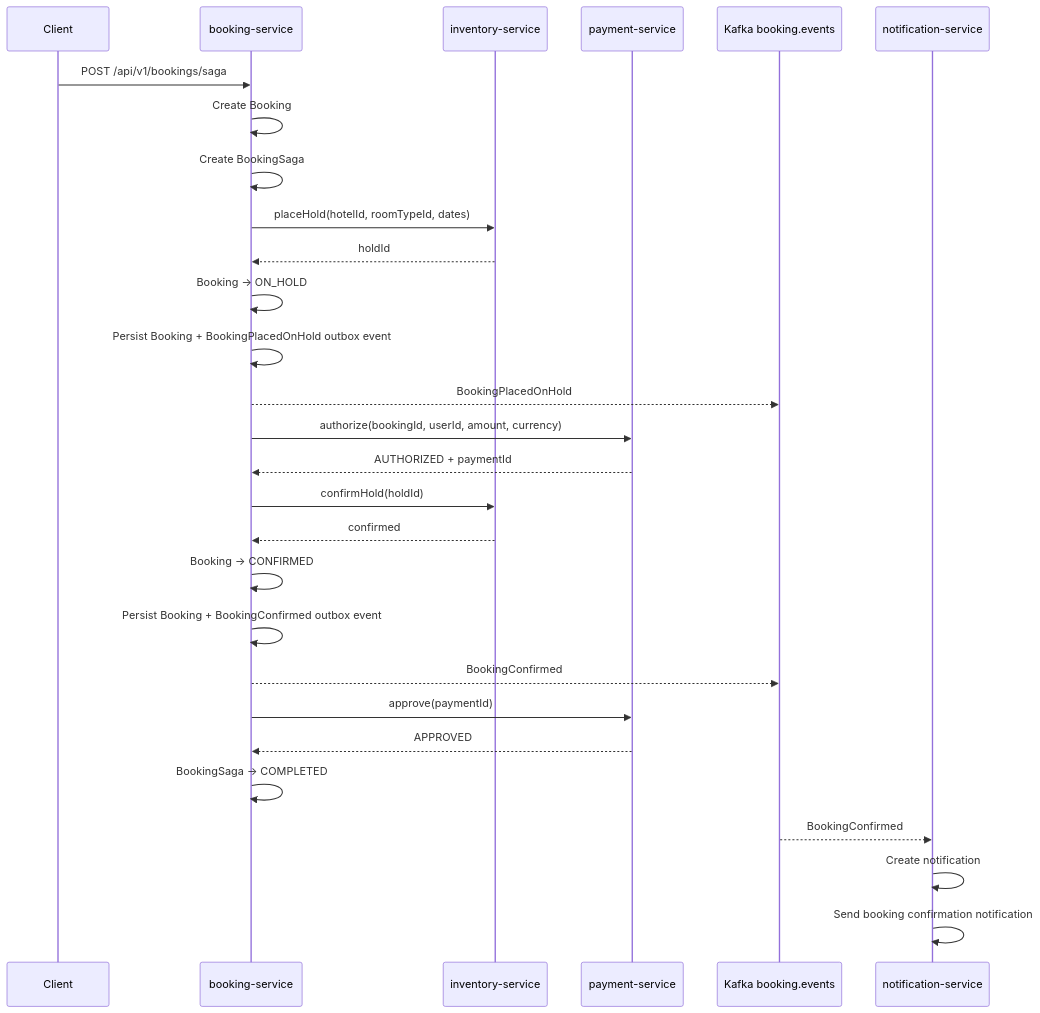
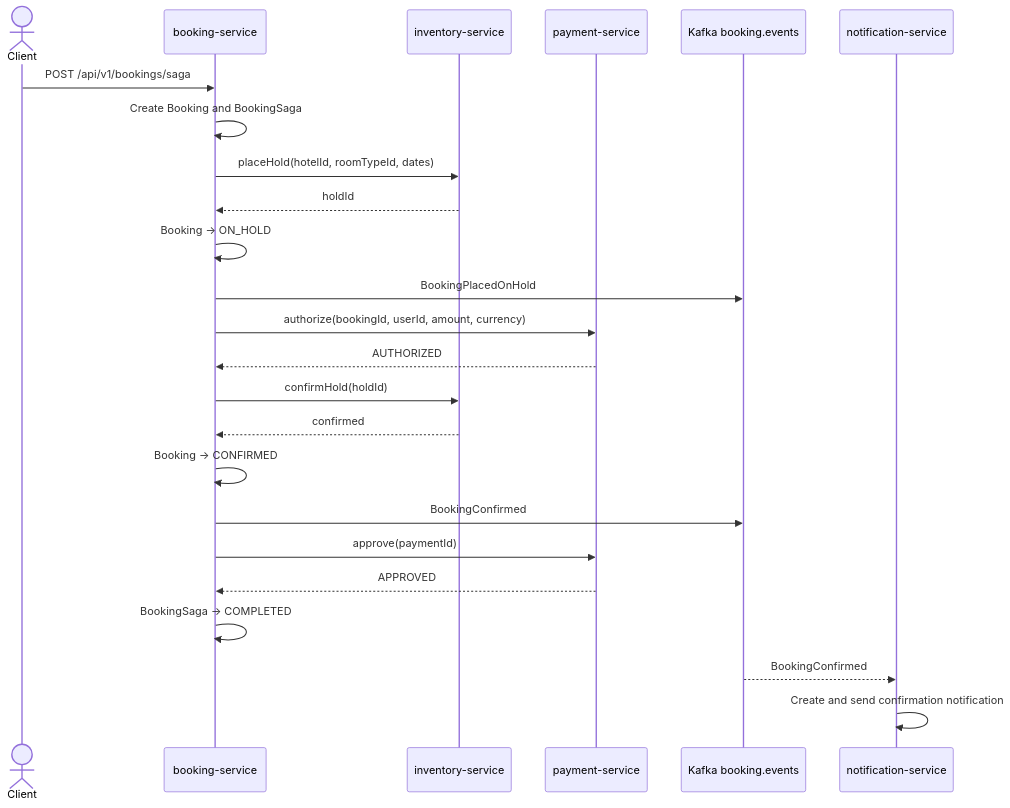
Before and after one commit to VolkovIO/hotelbooking: the third of 6 diagrams in docs/booking-saga.md, drawn with Mermaid. The commit also changed other lines of this file and 4 other files, not shown here.

Commit message:
docs(booking): document Spring Statemachine saga prototype

````diff
--- a/docs/booking-saga.md
+++ b/docs/booking-saga.md
@@ -80,38 +130,33 @@
 ```mermaid
 sequenceDiagram
-    participant Client
+    actor Client
     participant Booking as booking-service
     participant Inventory as inventory-service
     participant Payment as payment-service
     participant Kafka as Kafka booking.events
     participant Notification as notification-service
 
     Client->>Booking: POST /api/v1/bookings/saga
-    Booking->>Booking: Create Booking
-    Booking->>Booking: Create BookingSaga
+    Booking->>Booking: Create Booking and BookingSaga
 
     Booking->>Inventory: placeHold(hotelId, roomTypeId, dates)
     Inventory-->>Booking: holdId
-
     Booking->>Booking: Booking -> ON_HOLD
-    Booking->>Booking: Persist Booking + BookingPlacedOnHold outbox event
-    Booking-->>Kafka: BookingPlacedOnHold
+    Booking->>Kafka: BookingPlacedOnHold
 
     Booking->>Payment: authorize(bookingId, userId, amount, currency)
-    Payment-->>Booking: AUTHORIZED + paymentId
+    Payment-->>Booking: AUTHORIZED
 
     Booking->>Inventory: confirmHold(holdId)
     Inventory-->>Booking: confirmed
 
     Booking->>Booking: Booking -> CONFIRMED
-    Booking->>Booking: Persist Booking + BookingConfirmed outbox event
-    Booking-->>Kafka: BookingConfirmed
+    Booking->>Kafka: BookingConfirmed
 
     Booking->>Payment: approve(paymentId)
     Payment-->>Booking: APPROVED
 
     Booking->>Booking: BookingSaga -> COMPLETED
     Kafka-->>Notification: BookingConfirmed
-    Notification->>Notification: Create notification
-    Notification->>Notification: Send booking confirmation notification
+    Notification->>Notification: Create and send confirmation notification
 ```
````
